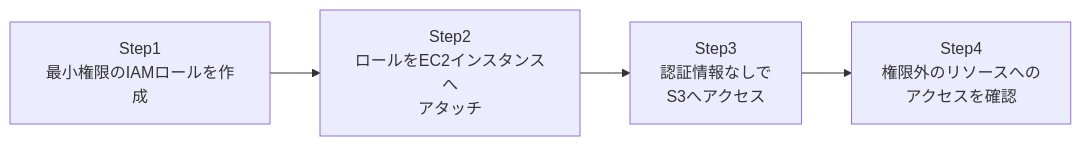
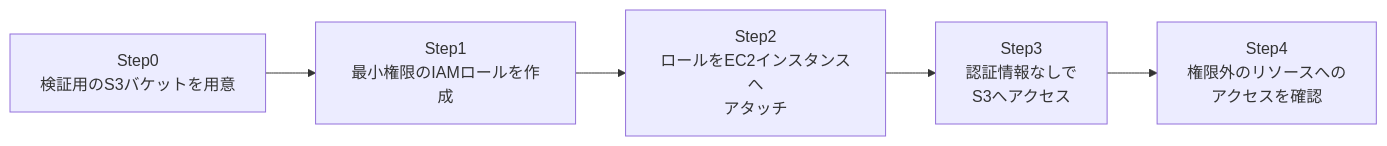
One commit to koikoi1998/koikoi-blog-20260723 changed the diagram in src/content/articles/aws-iam-role-handson-guide.md. Above: the diagram before and after it, drawn with Mermaid. The commit also changed other lines of this file and 11 other files, not shown here.

````diff
--- a/src/content/articles/aws-iam-role-handson-guide.md
+++ b/src/content/articles/aws-iam-role-handson-guide.md
@@ -32,8 +33,9 @@
 ```mermaid
 graph LR
+    Step0["Step0<br/>検証用のS3バケットを用意"]
     Step1["Step1<br/>最小権限のIAMロールを作成"]
     Step2["Step2<br/>ロールをEC2インスタンスへ<br/>アタッチ"]
     Step3["Step3<br/>認証情報なしで<br/>S3へアクセス"]
     Step4["Step4<br/>権限外のリソースへの<br/>アクセスを確認"]
-    Step1 --> Step2 --> Step3 --> Step4
+    Step0 --> Step1 --> Step2 --> Step3 --> Step4
 ```
````
